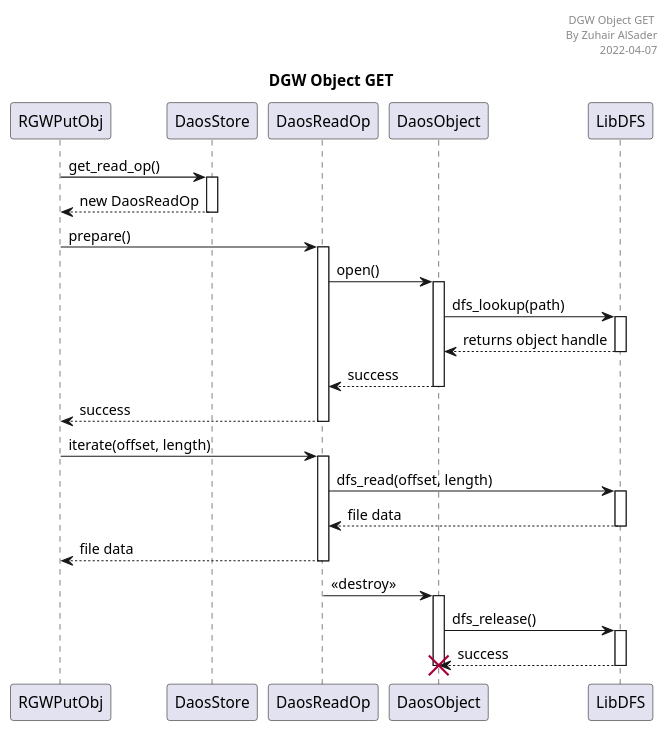
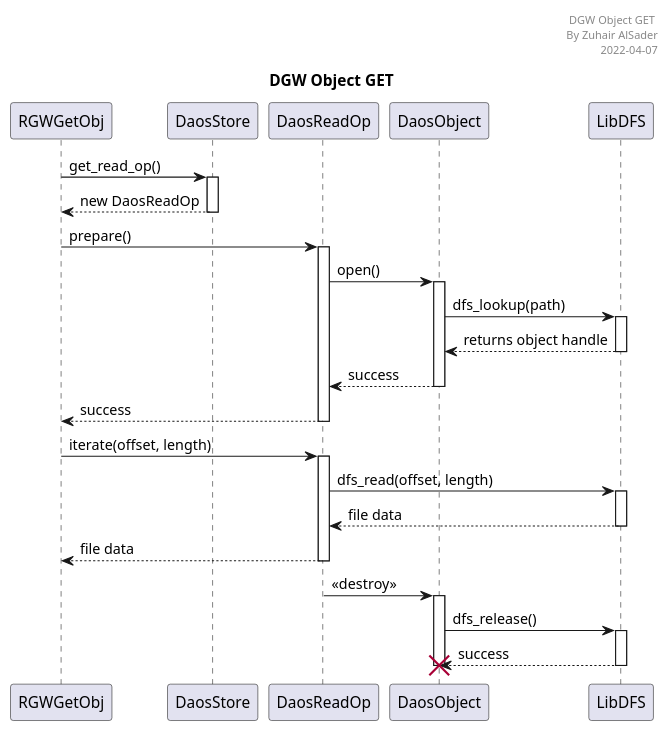
The diagram in DGW_Object_GET.plantuml (zalsader/DGW-ops), drawn with PlantUML before and after one commit.

```diff
--- a/DGW_Object_GET.plantuml
+++ b/DGW_Object_GET.plantuml
@@ -1,37 +1,37 @@
 @startuml
 
 header DGW Object GET \n By Zuhair AlSader\n2022-04-07
 title DGW Object GET
 
-participant "RGWPutObj" as rgw
+participant "RGWGetObj" as rgw
 participant "DaosStore" as store
 participant "DaosReadOp" as readop
 participant "DaosObject" as object
 participant "LibDFS" as libdfs
 
 autoactivate on
 
 rgw -> store: get_read_op()
 store --> rgw: new DaosReadOp
 
 
 rgw -> readop: prepare()
 readop -> object: open()
 
 object -> libdfs: dfs_lookup(path)
 libdfs --> object: returns object handle
 
 object --> readop: success
 readop --> rgw: success
 
 rgw -> readop: iterate(offset, length)
 readop-> libdfs: dfs_read(offset, length)
 libdfs --> readop: file data
 readop --> rgw: file data
 
 readop -> object: <<destroy>>
 object -> libdfs: dfs_release()
 libdfs --> object: success
 destroy object
 
 @enduml
```
